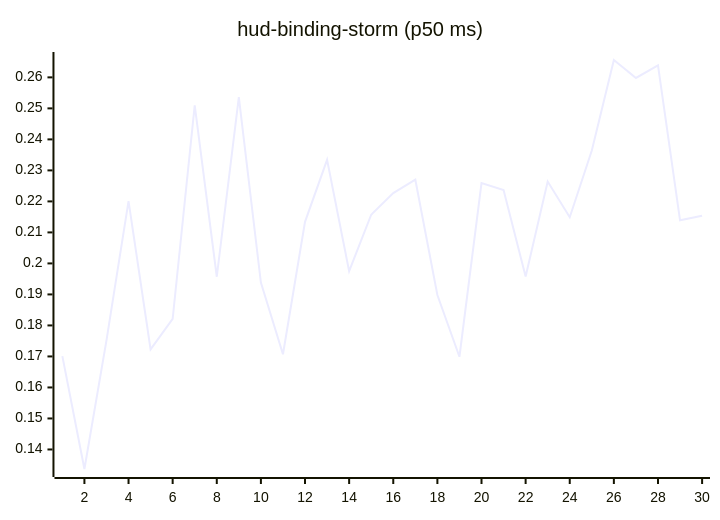
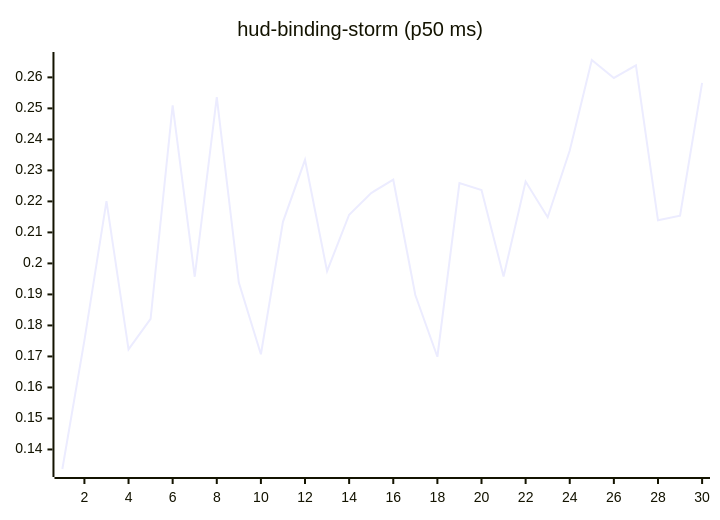
One commit to josha/Facet changed the tenth of 27 diagrams in README.md. Above: the diagram before and after it, drawn with Mermaid. The commit also changed other lines of this file and 2 other files, not shown here.

````diff
--- a/README.md
+++ b/README.md
@@ -126,6 +126,6 @@
 ```mermaid
 xychart-beta
     title "hud-binding-storm (p50 ms)"
     x-axis 1 --> 30
-    line [0.1701, 0.1337, 0.1752, 0.2201, 0.1723, 0.1821, 0.2510, 0.1957, 0.2536, 0.1938, 0.1707, 0.2134, 0.2334, 0.1975, 0.2157, 0.2227, 0.2270, 0.1898, 0.1699, 0.2259, 0.2237, 0.1958, 0.2264, 0.2149, 0.2364, 0.2656, 0.2598, 0.2639, 0.2139, 0.2154]
+    line [0.1337, 0.1752, 0.2201, 0.1723, 0.1821, 0.2510, 0.1957, 0.2536, 0.1938, 0.1707, 0.2134, 0.2334, 0.1975, 0.2157, 0.2227, 0.2270, 0.1898, 0.1699, 0.2259, 0.2237, 0.1958, 0.2264, 0.2149, 0.2364, 0.2656, 0.2598, 0.2639, 0.2139, 0.2154, 0.2582]
 ```
````
